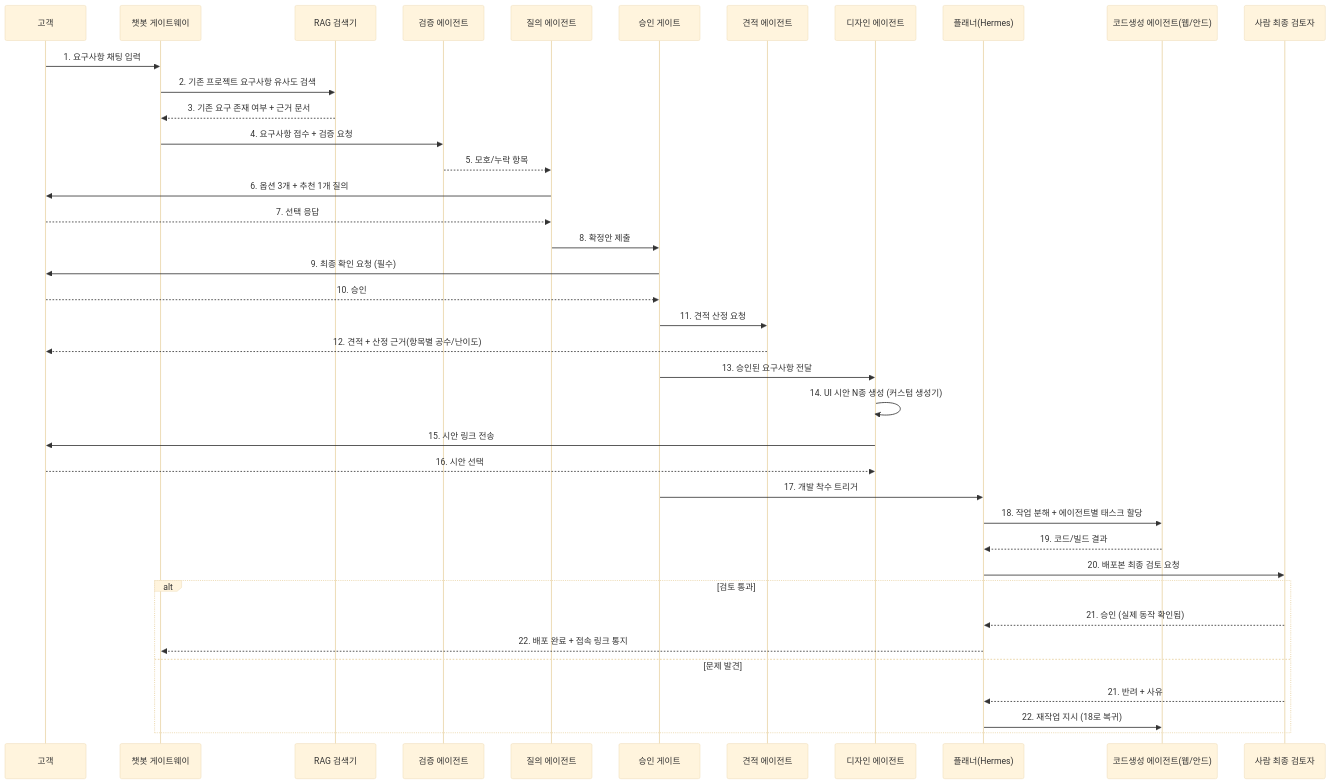
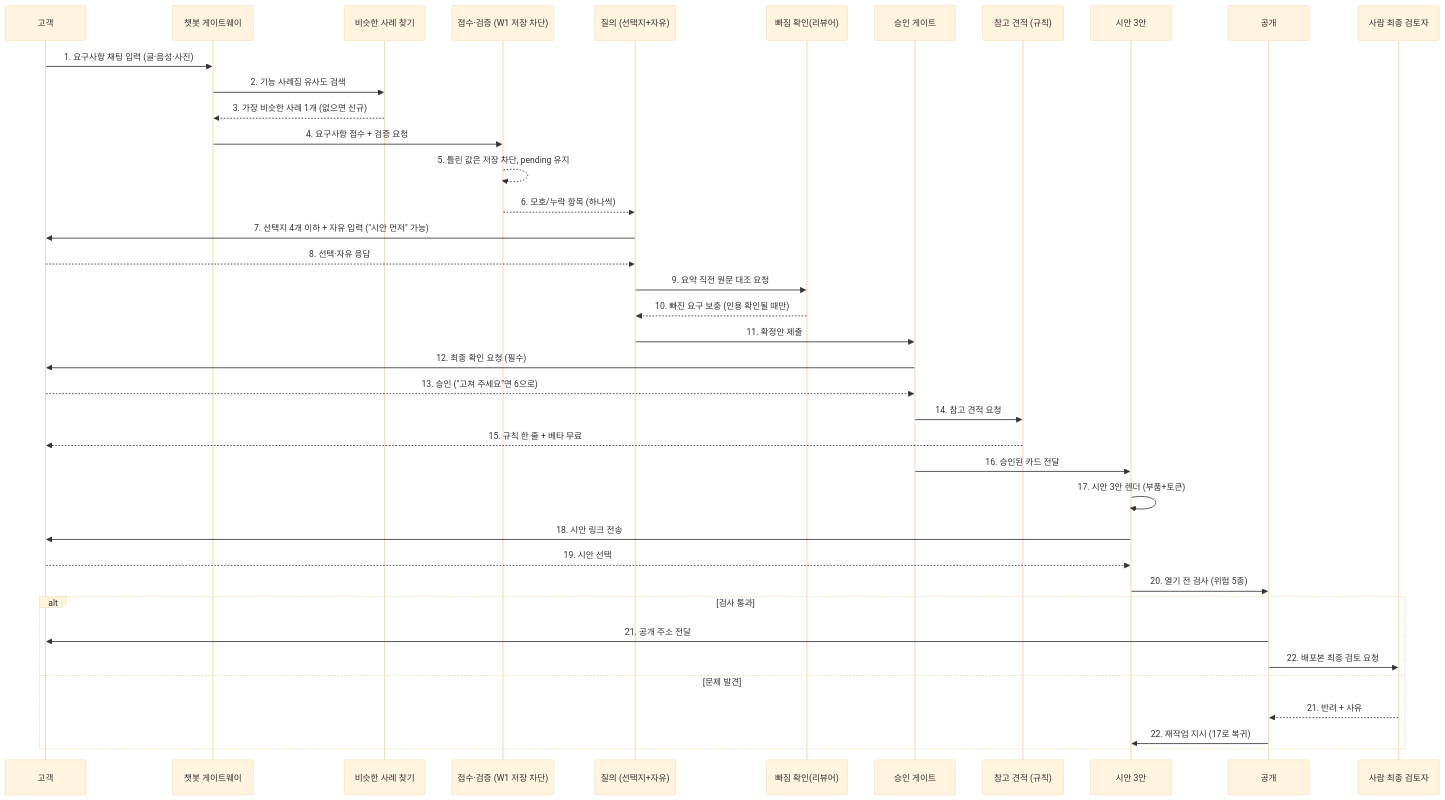
Before and after one commit to kyungsikjeung/agt001: the second of 2 diagrams in docs/hackathon/ARCHITECTURE.md, drawn with Mermaid (base theme). The commit also changed other lines of this file and 15 other files, not shown here.

````diff
--- a/docs/hackathon/ARCHITECTURE.md
+++ b/docs/hackathon/ARCHITECTURE.md
@@ -169,42 +164,42 @@
 ```mermaid
 sequenceDiagram
     participant C as 고객
     participant B as 챗봇 게이트웨이
-    participant R as RAG 검색기
-    participant V as 검증 에이전트
-    participant A as 질의 에이전트
+    participant R as 비슷한 사례 찾기
+    participant V as 접수·검증 (W1 저장 차단)
+    participant A as 질의 (선택지+자유)
+    participant W as 빠짐 확인(리뷰어)
     participant G as 승인 게이트
-    participant Q as 견적 에이전트
-    participant D as 디자인 에이전트
-    participant P as 플래너(Hermes)
-    participant K as 코드생성 에이전트(웹/안드)
+    participant Q as 참고 견적 (규칙)
+    participant D as 시안 3안
+    participant P as 공개
     participant H as 사람 최종 검토자
 
-    C->>B: 1. 요구사항 채팅 입력
-    B->>R: 2. 기존 프로젝트 요구사항 유사도 검색
-    R-->>B: 3. 기존 요구 존재 여부 + 근거 문서
+    C->>B: 1. 요구사항 채팅 입력 (글·음성·사진)
+    B->>R: 2. 기능 사례집 유사도 검색
+    R-->>B: 3. 가장 비슷한 사례 1개 (없으면 신규)
     B->>V: 4. 요구사항 접수 + 검증 요청
-    V-->>A: 5. 모호/누락 항목
-    A->>C: 6. 옵션 3개 + 추천 1개 질의
-    C-->>A: 7. 선택 응답
-    A->>G: 8. 확정안 제출
-    G->>C: 9. 최종 확인 요청 (필수)
-    C-->>G: 10. 승인
-    G->>Q: 11. 견적 산정 요청
-    Q-->>C: 12. 견적 + 산정 근거(항목별 공수/난이도)
-    G->>D: 13. 승인된 요구사항 전달
-    D->>D: 14. UI 시안 N종 생성 (커스텀 생성기)
-    D->>C: 15. 시안 링크 전송
-    C-->>D: 16. 시안 선택
-    G->>P: 17. 개발 착수 트리거
-    P->>K: 18. 작업 분해 + 에이전트별 태스크 할당
-    K-->>P: 19. 코드/빌드 결과
-    P->>H: 20. 배포본 최종 검토 요청
-    alt 검토 통과
-        H-->>P: 21. 승인 (실제 동작 확인됨)
-        P-->>B: 22. 배포 완료 + 접속 링크 통지
+    V-->>V: 5. 틀린 값은 저장 차단, pending 유지
+    V-->>A: 6. 모호/누락 항목 (하나씩)
+    A->>C: 7. 선택지 4개 이하 + 자유 입력 ("시안 먼저" 가능)
+    C-->>A: 8. 선택·자유 응답
+    A->>W: 9. 요약 직전 원문 대조 요청
+    W-->>A: 10. 빠진 요구 보충 (인용 확인될 때만)
+    A->>G: 11. 확정안 제출
+    G->>C: 12. 최종 확인 요청 (필수)
+    C-->>G: 13. 승인 ("고쳐 주세요"면 6으로)
+    G->>Q: 14. 참고 견적 요청
+    Q-->>C: 15. 규칙 한 줄 + 베타 무료
+    G->>D: 16. 승인된 카드 전달
+    D->>D: 17. 시안 3안 렌더 (부품+토큰)
+    D->>C: 18. 시안 링크 전송
+    C-->>D: 19. 시안 선택
+    D->>P: 20. 열기 전 검사 (위험 5종)
+    alt 검사 통과
+        P->>C: 21. 공개 주소 전달
+        P->>H: 22. 배포본 최종 검토 요청
     else 문제 발견
         H-->>P: 21. 반려 + 사유
-        P->>K: 22. 재작업 지시 (18로 복귀)
+        P->>D: 22. 재작업 지시 (17로 복귀)
     end
 ```
````
